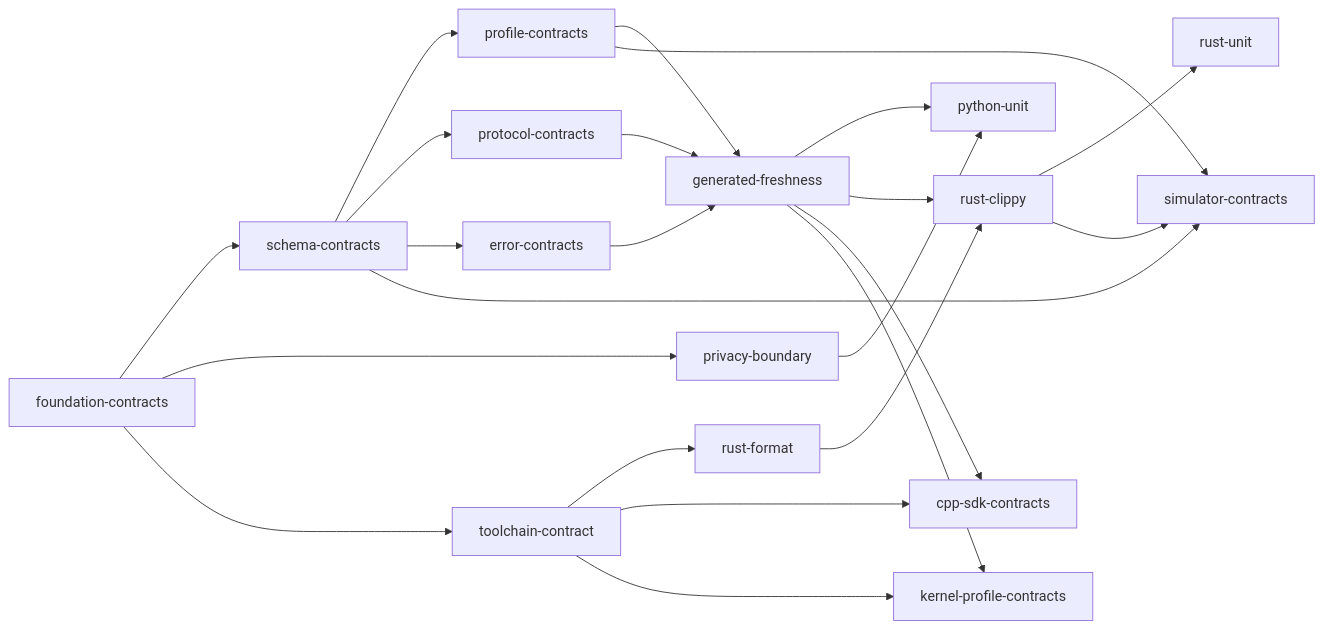
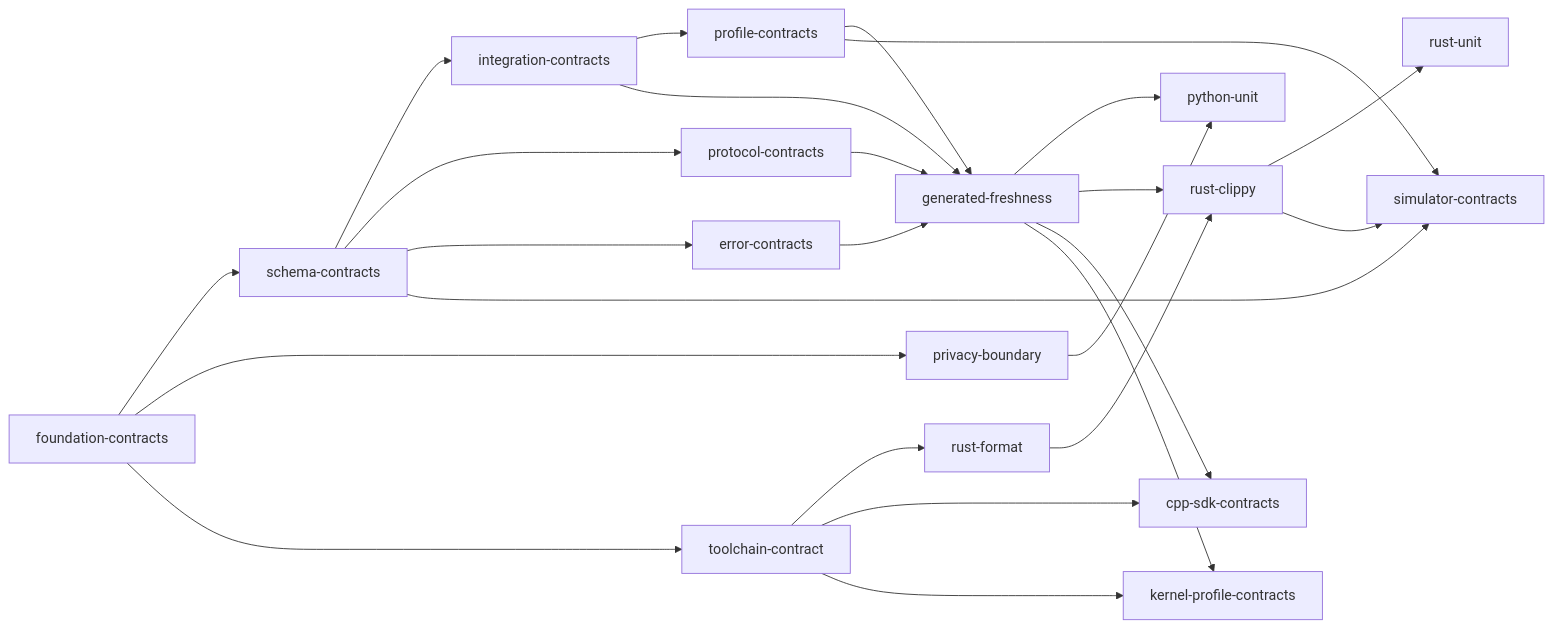
Before and after one commit to offalexjackson777-stack/hyperflux-next: the diagram in docs/generated/verification.md, drawn with Mermaid. The commit also changed other lines of this file and 24 other files, not shown here.

````diff
--- a/docs/generated/verification.md
+++ b/docs/generated/verification.md
@@ -28,40 +29,43 @@
 ```mermaid
 flowchart LR
     foundation_contracts["foundation-contracts"]
     schema_contracts["schema-contracts"]
     privacy_boundary["privacy-boundary"]
     toolchain_contract["toolchain-contract"]
-    profile_contracts["profile-contracts"]
+    integration_contracts["integration-contracts"]
     protocol_contracts["protocol-contracts"]
     error_contracts["error-contracts"]
     rust_format["rust-format"]
+    profile_contracts["profile-contracts"]
     generated_freshness["generated-freshness"]
     python_unit["python-unit"]
     rust_clippy["rust-clippy"]
     cpp_sdk_contracts["cpp-sdk-contracts"]
     kernel_profile_contracts["kernel-profile-contracts"]
     rust_unit["rust-unit"]
     simulator_contracts["simulator-contracts"]
     foundation_contracts --> schema_contracts
     foundation_contracts --> privacy_boundary
     foundation_contracts --> toolchain_contract
-    schema_contracts --> profile_contracts
+    schema_contracts --> integration_contracts
     schema_contracts --> protocol_contracts
     schema_contracts --> error_contracts
     toolchain_contract --> rust_format
+    integration_contracts --> profile_contracts
     profile_contracts --> generated_freshness
     protocol_contracts --> generated_freshness
     error_contracts --> generated_freshness
+    integration_contracts --> generated_freshness
     generated_freshness --> python_unit
     privacy_boundary --> python_unit
     generated_freshness --> rust_clippy
     rust_format --> rust_clippy
     generated_freshness --> cpp_sdk_contracts
     toolchain_contract --> cpp_sdk_contracts
     generated_freshness --> kernel_profile_contracts
     toolchain_contract --> kernel_profile_contracts
     rust_clippy --> rust_unit
     rust_clippy --> simulator_contracts
     schema_contracts --> simulator_contracts
     profile_contracts --> simulator_contracts
 ```
````
